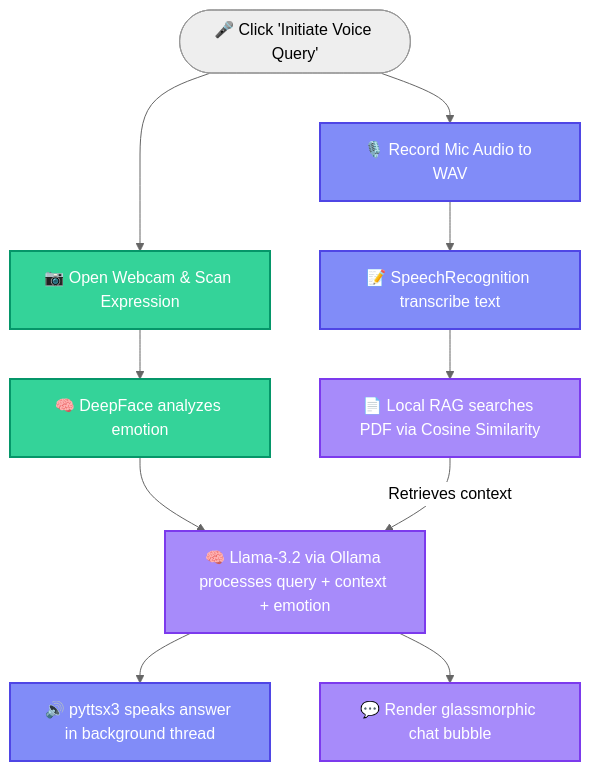
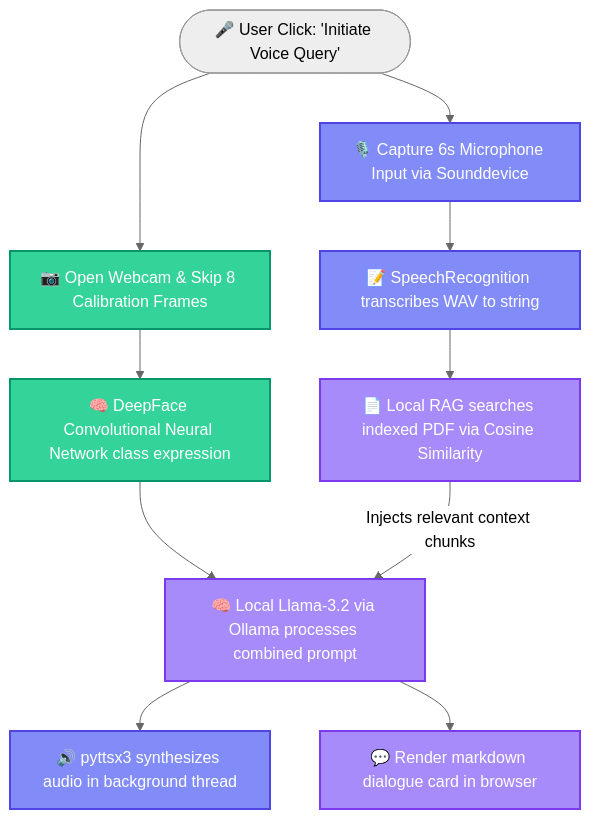
One commit to piyush1008-cyber/jarvis-voice-assistant changed the diagram in README.md. Above: the diagram before and after it, drawn with Mermaid (neutral theme). The commit also changed other lines of this file, not shown here.

````diff
--- a/README.md
+++ b/README.md
@@ -59,19 +43,19 @@
 ```mermaid
 flowchart TD
     classDef voice fill:#818cf8,stroke:#4f46e5,stroke-width:2px,color:#fff;
     classDef vision fill:#34d399,stroke:#059669,stroke-width:2px,color:#fff;
     classDef brain fill:#a78bfa,stroke:#7c3aed,stroke-width:2px,color:#fff;
 
-    Start([🎤 Click 'Initiate Voice Query']) --> Cam[📷 Open Webcam & Scan Expression]:::vision
-    Start --> Mic[🎙️ Record Mic Audio to WAV]:::voice
+    Start([🎤 User Click: 'Initiate Voice Query']) --> Cam[📷 Open Webcam & Skip 8 Calibration Frames]:::vision
+    Start --> Mic[🎙️ Capture 6s Microphone Input via Sounddevice]:::voice
     
-    Cam --> Face[🧠 DeepFace analyzes emotion]:::vision
-    Mic --> Trans[📝 SpeechRecognition transcribe text]:::voice
+    Cam --> Face[🧠 DeepFace Convolutional Neural Network class expression]:::vision
+    Mic --> Trans[📝 SpeechRecognition transcribes WAV to string]:::voice
     
-    Trans --> RAG[📄 Local RAG searches PDF via Cosine Similarity]:::brain
-    Face --> LLM[🧠 Llama-3.2 via Ollama processes query + context + emotion]:::brain
-    RAG -->|Retrieves context| LLM
+    Trans --> RAG[📄 Local RAG searches indexed PDF via Cosine Similarity]:::brain
+    Face --> LLM[🧠 Local Llama-3.2 via Ollama processes combined prompt]:::brain
+    RAG -->|Injects relevant context chunks| LLM
     
-    LLM --> Speak[🔊 pyttsx3 speaks answer in background thread]:::voice
-    LLM --> Chat[💬 Render glassmorphic chat bubble]:::brain
+    LLM --> Speak[🔊 pyttsx3 synthesizes audio in background thread]:::voice
+    LLM --> Chat[💬 Render markdown dialogue card in browser]:::brain
 ```
````
